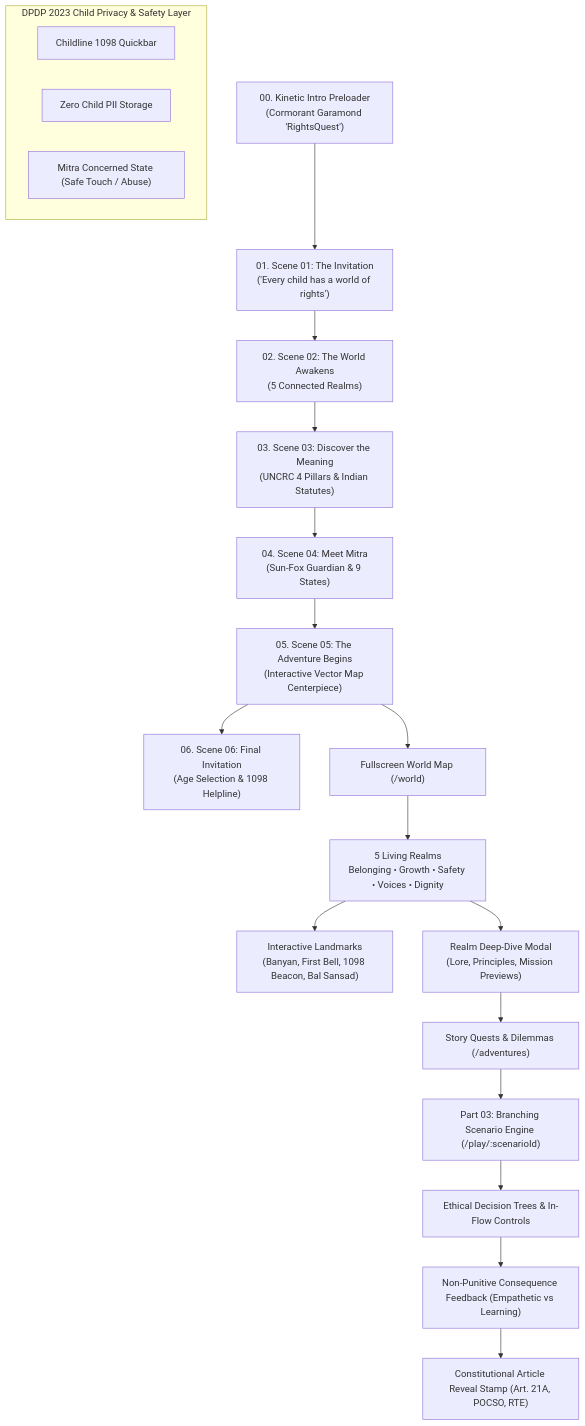
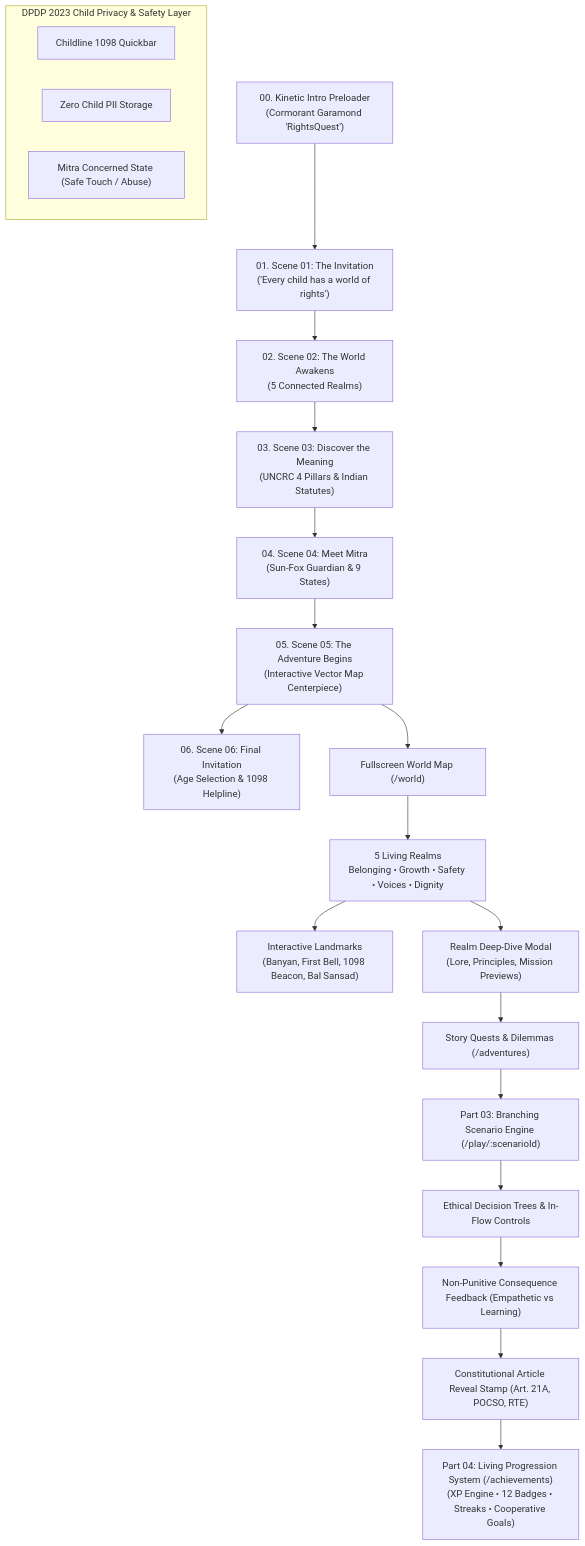
The diagram in docs/README.md (VaradAnnadate/MajorProject), drawn with Mermaid before and after one commit. The commit also changed 3 other files, not shown here.

Commit message:
docs: update master roadmap, architecture deep-dive, and visual design system with Part 04 specifications and UX refinements

````diff
--- a/docs/README.md
+++ b/docs/README.md
@@ -9,25 +9,26 @@
 ```mermaid
 flowchart TD
     Intro["00. Kinetic Intro Preloader<br/>(Cormorant Garamond 'RightsQuest')"] --> Hero["01. Scene 01: The Invitation<br/>('Every child has a world of rights')"]
     Hero --> Parallax["02. Scene 02: The World Awakens<br/>(5 Connected Realms)"]
     Parallax --> Metaphor["03. Scene 03: Discover the Meaning<br/>(UNCRC 4 Pillars & Indian Statutes)"]
     Metaphor --> Companion["04. Scene 04: Meet Mitra<br/>(Sun-Fox Guardian & 9 States)"]
     Companion --> MapPortal["05. Scene 05: The Adventure Begins<br/>(Interactive Vector Map Centerpiece)"]
     MapPortal --> FinalCTA["06. Scene 06: Final Invitation<br/>(Age Selection & 1098 Helpline)"]
 
     MapPortal --> WorldPage["Fullscreen World Map (/world)"]
     WorldPage --> Realms["5 Living Realms<br/>Belonging • Growth • Safety • Voices • Dignity"]
     Realms --> Landmarks["Interactive Landmarks<br/>(Banyan, First Bell, 1098 Beacon, Bal Sansad)"]
     Realms --> Modal["Realm Deep-Dive Modal<br/>(Lore, Principles, Mission Previews)"]
     Modal --> Adventures["Story Quests & Dilemmas (/adventures)"]
     Adventures --> Gameplay["Part 03: Branching Scenario Engine (/play/:scenarioId)"]
     Gameplay --> Choices["Ethical Decision Trees & In-Flow Controls"]
     Choices --> Consequence["Non-Punitive Consequence Feedback (Empathetic vs Learning)"]
     Consequence --> ArticleStamp["Constitutional Article Reveal Stamp (Art. 21A, POCSO, RTE)"]
+    ArticleStamp --> Progression["Part 04: Living Progression System (/achievements)<br/>(XP Engine • 12 Badges • Streaks • Cooperative Goals)"]
     
     subgraph Safeguards ["DPDP 2023 Child Privacy & Safety Layer"]
         Helpline["Childline 1098 Quickbar"]
         ZeroPII["Zero Child PII Storage"]
         MascotSafeguard["Mitra Concerned State (Safe Touch / Abuse)"]
     end
 ```
````
